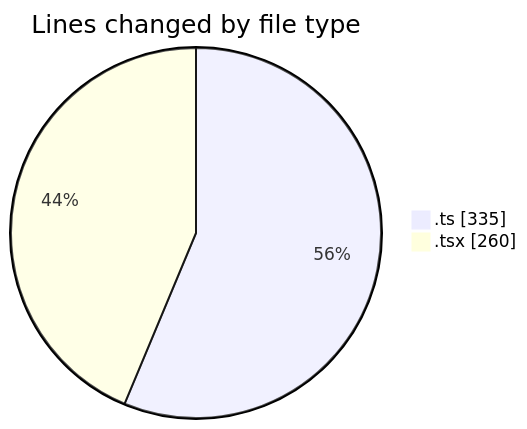
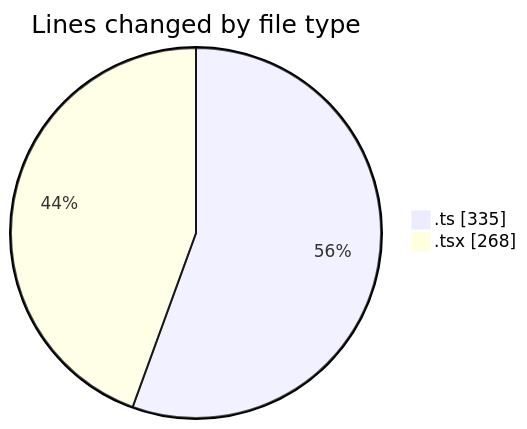
The first of 2 diagrams in 2025-09-02/cda/README.md (momahboobian/code-tracking), drawn with Mermaid before and after one commit. The commit also changed other lines of this file and 1 other file, not shown here.

````diff
--- a/2025-09-02/cda/README.md
+++ b/2025-09-02/cda/README.md
@@ -23,6 +23,6 @@
 ```mermaid
 pie showData
 title Lines changed by file type
 ".ts" : 335
-".tsx" : 260
+".tsx" : 268
 ```
````
